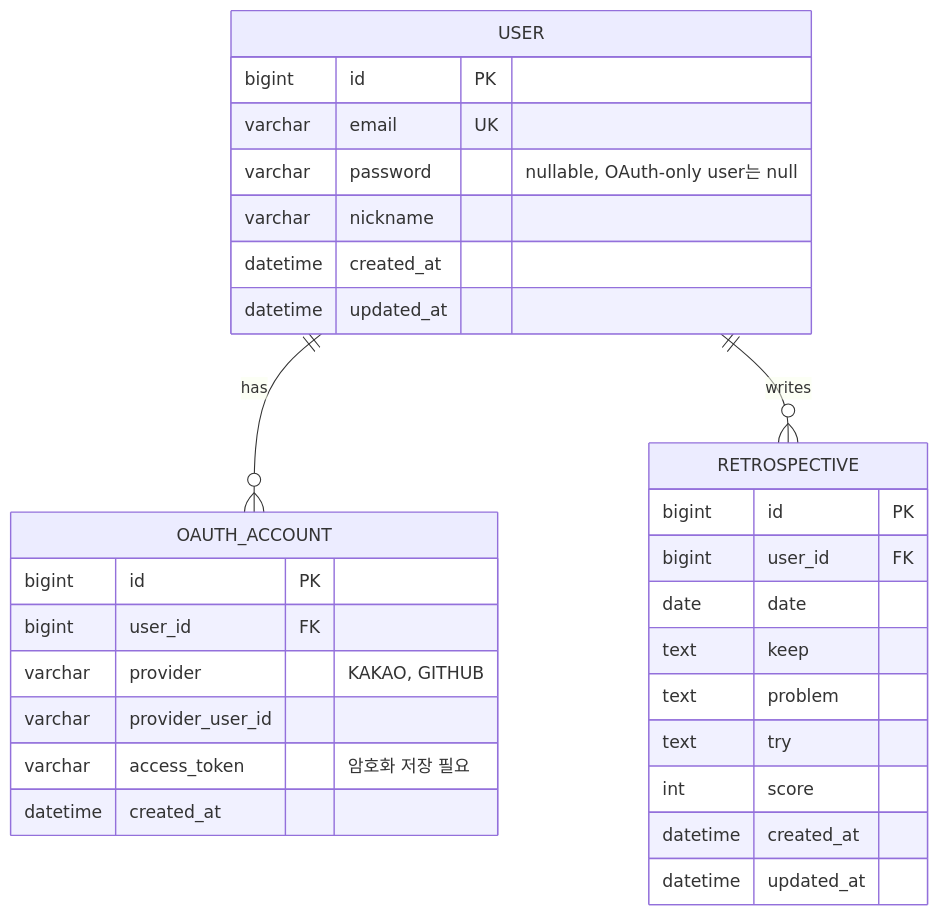
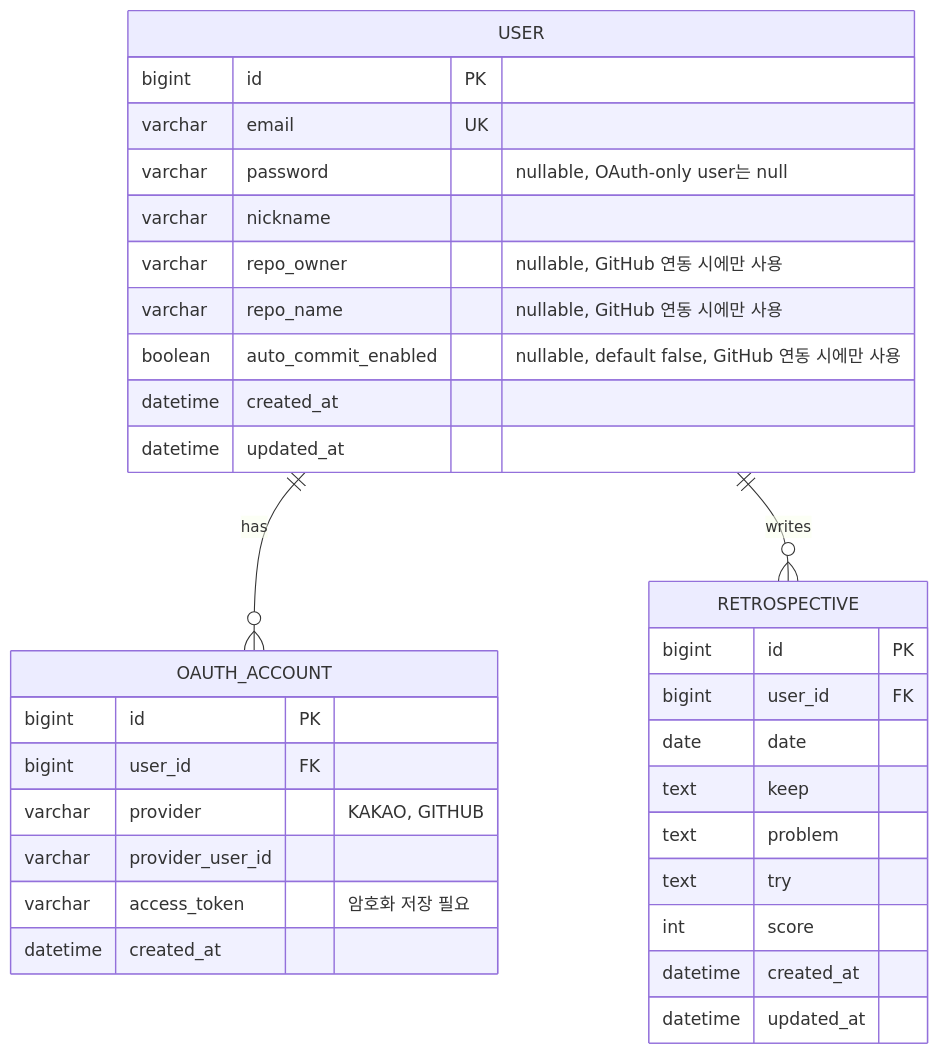
The first of 2 diagrams in docs/erd.md (rnk00/retrospection), drawn with Mermaid before and after one commit. The commit also changed other lines of this file and 8 other files, not shown here.

````diff
--- a/docs/erd.md
+++ b/docs/erd.md
@@ -27,35 +29,38 @@
 ```mermaid
 erDiagram
     USER ||--o{ OAUTH_ACCOUNT : has
     USER ||--o{ RETROSPECTIVE : writes
 
     USER {
         bigint id PK
         varchar email UK
         varchar password "nullable, OAuth-only user는 null"
         varchar nickname
+        varchar repo_owner "nullable, GitHub 연동 시에만 사용"
+        varchar repo_name "nullable, GitHub 연동 시에만 사용"
+        boolean auto_commit_enabled "nullable, default false, GitHub 연동 시에만 사용"
         datetime created_at
         datetime updated_at
     }
 
     OAUTH_ACCOUNT {
         bigint id PK
         bigint user_id FK
         varchar provider "KAKAO, GITHUB"
         varchar provider_user_id
         varchar access_token "암호화 저장 필요"
         datetime created_at
     }
 
     RETROSPECTIVE {
         bigint id PK
         bigint user_id FK
         date date
         text keep
         text problem
         text try
         int score
         datetime created_at
         datetime updated_at
     }
 ```
````
